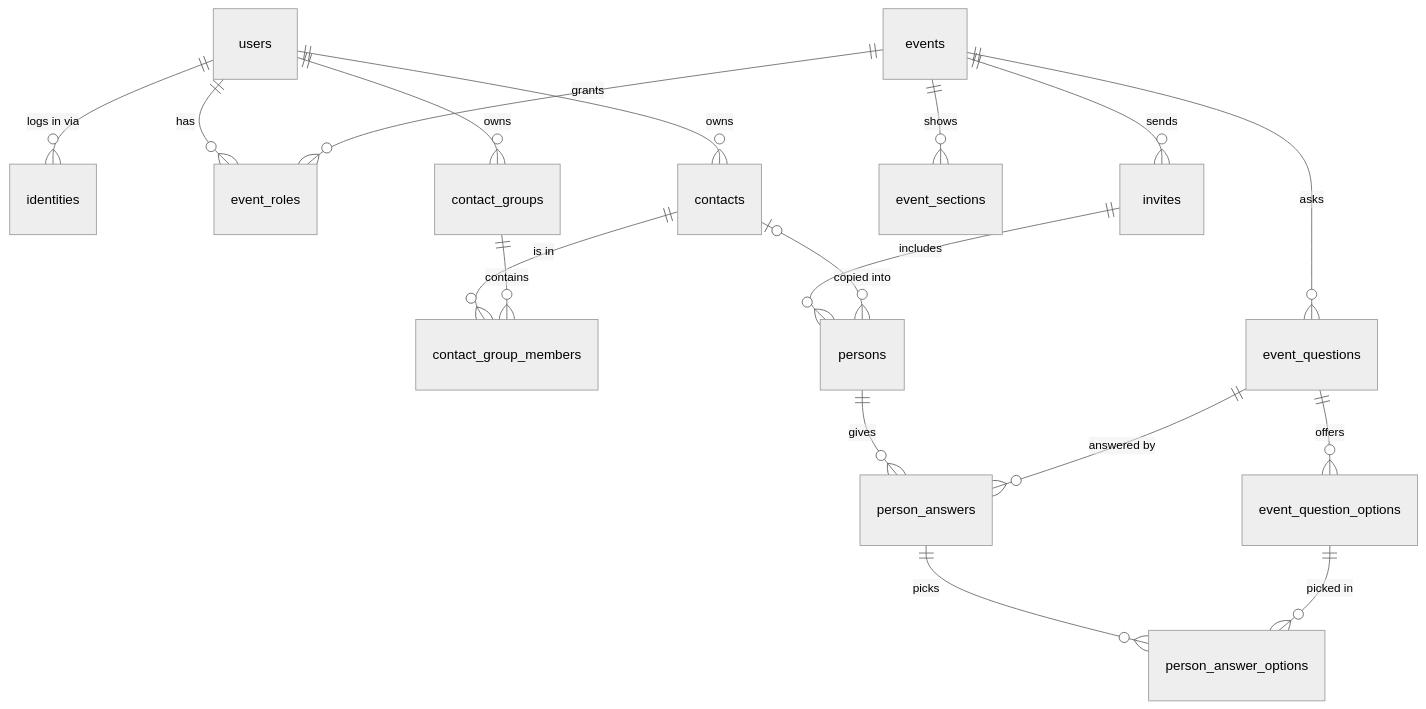
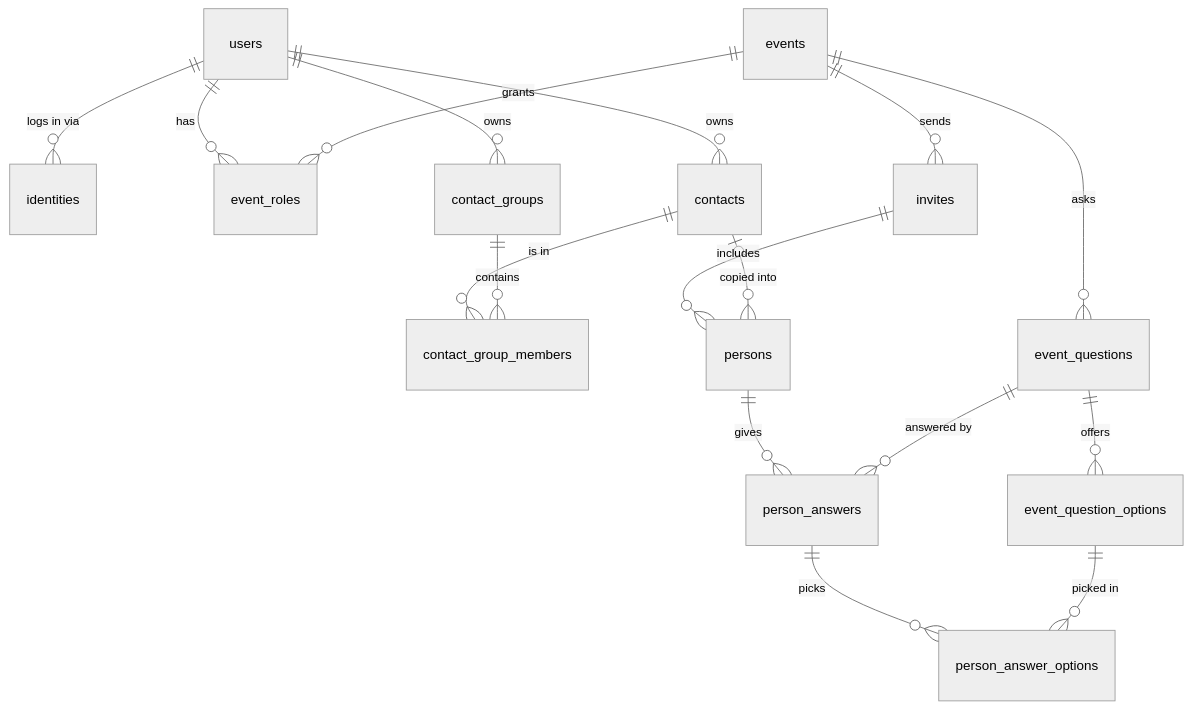
One commit to MalteSchul/guestlist changed the diagram in docs/data-model.md. Above: the diagram before and after it, drawn with Mermaid (neutral theme). The commit also changed other lines of this file and 57 other files, not shown here.

First line of the commit message:
Answers per question, invite search, sort and filter, age chart options, simpler event setup (#23)

````diff
--- a/docs/data-model.md
+++ b/docs/data-model.md
@@ -19,20 +19,19 @@
 ```mermaid
 erDiagram
     users ||--o{ identities : "logs in via"
     users ||--o{ event_roles : has
     events ||--o{ event_roles : grants
     users ||--o{ contacts : owns
     users ||--o{ contact_groups : owns
     contacts ||--o{ contact_group_members : "is in"
     contact_groups ||--o{ contact_group_members : contains
-    events ||--o{ event_sections : shows
     events ||--o{ event_questions : asks
     event_questions ||--o{ event_question_options : offers
     events ||--o{ invites : sends
     invites ||--o{ persons : includes
     contacts |o--o{ persons : "copied into"
     persons ||--o{ person_answers : gives
     event_questions ||--o{ person_answers : "answered by"
     person_answers ||--o{ person_answer_options : picks
     event_question_options ||--o{ person_answer_options : "picked in"
 ```
````
